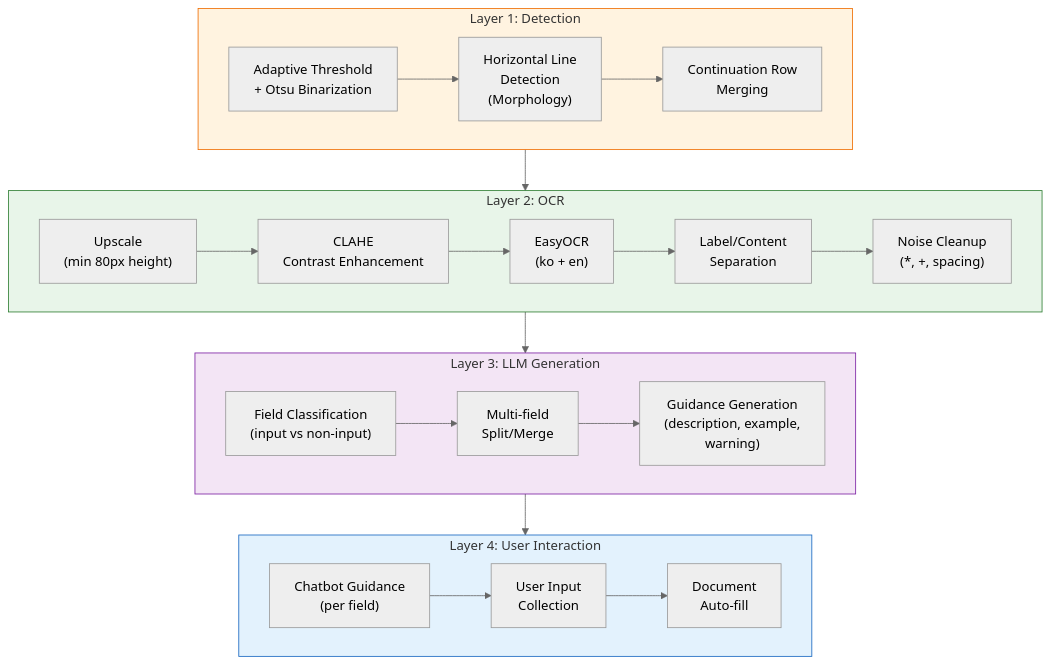
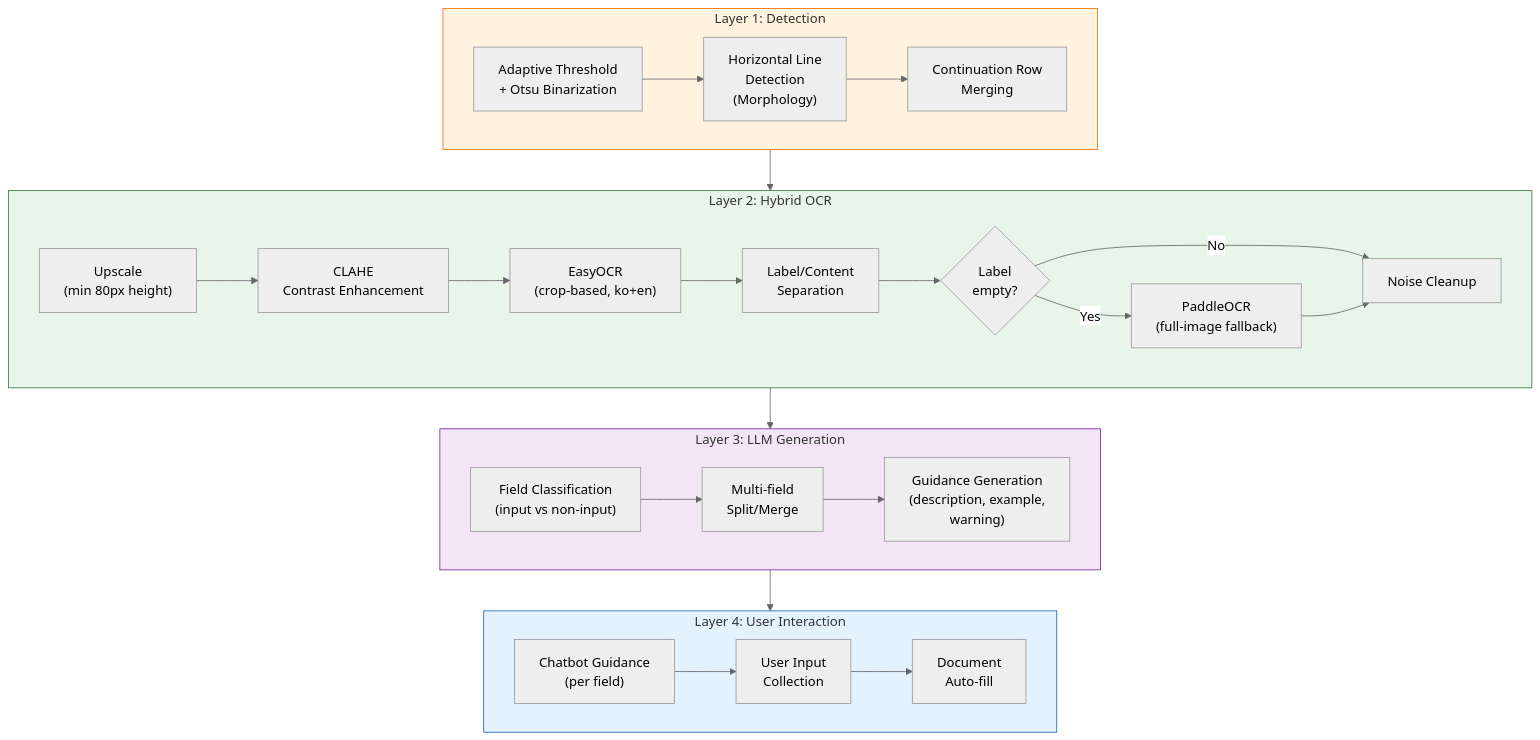
One commit to rriakang/DocumentDetection changed the second of 4 diagrams in README.md. Above: the diagram before and after it, drawn with Mermaid (neutral theme). The commit also changed other lines of this file and 5 other files, not shown here.

First line of the commit message:
feat: hybrid OCR (EasyOCR + PaddleOCR fallback) and evaluation docs

````diff
--- a/README.md
+++ b/README.md
@@ -45,31 +45,34 @@
 ```mermaid
 flowchart TD
     subgraph Layer1["Layer 1: Detection"]
         A1["Adaptive Threshold\n+ Otsu Binarization"] --> A2["Horizontal Line\nDetection\n(Morphology)"]
         A2 --> A3["Continuation Row\nMerging"]
     end
 
-    subgraph Layer2["Layer 2: OCR"]
+    subgraph Layer2["Layer 2: Hybrid OCR"]
         B1["Upscale\n(min 80px height)"] --> B2["CLAHE\nContrast Enhancement"]
-        B2 --> B3["EasyOCR\n(ko + en)"]
+        B2 --> B3["EasyOCR\n(crop-based, ko+en)"]
         B3 --> B4["Label/Content\nSeparation"]
-        B4 --> B5["Noise Cleanup\n(*, +, spacing)"]
+        B4 --> B5{"Label\nempty?"}
+        B5 -->|Yes| B6["PaddleOCR\n(full-image fallback)"]
+        B5 -->|No| B7["Noise Cleanup"]
+        B6 --> B7
     end
 
     subgraph Layer3["Layer 3: LLM Generation"]
         C1["Field Classification\n(input vs non-input)"] --> C2["Multi-field\nSplit/Merge"]
         C2 --> C3["Guidance Generation\n(description, example,\nwarning)"]
     end
 
     subgraph Layer4["Layer 4: User Interaction"]
         D1["Chatbot Guidance\n(per field)"] --> D2["User Input\nCollection"]
         D2 --> D3["Document\nAuto-fill"]
     end
 
     Layer1 --> Layer2 --> Layer3 --> Layer4
 
     style Layer1 fill:#fff3e0,stroke:#ef6c00
     style Layer2 fill:#e8f5e9,stroke:#2e7d32
     style Layer3 fill:#f3e5f5,stroke:#7b1fa2
     style Layer4 fill:#e3f2fd,stroke:#1565c0
 ```
````
